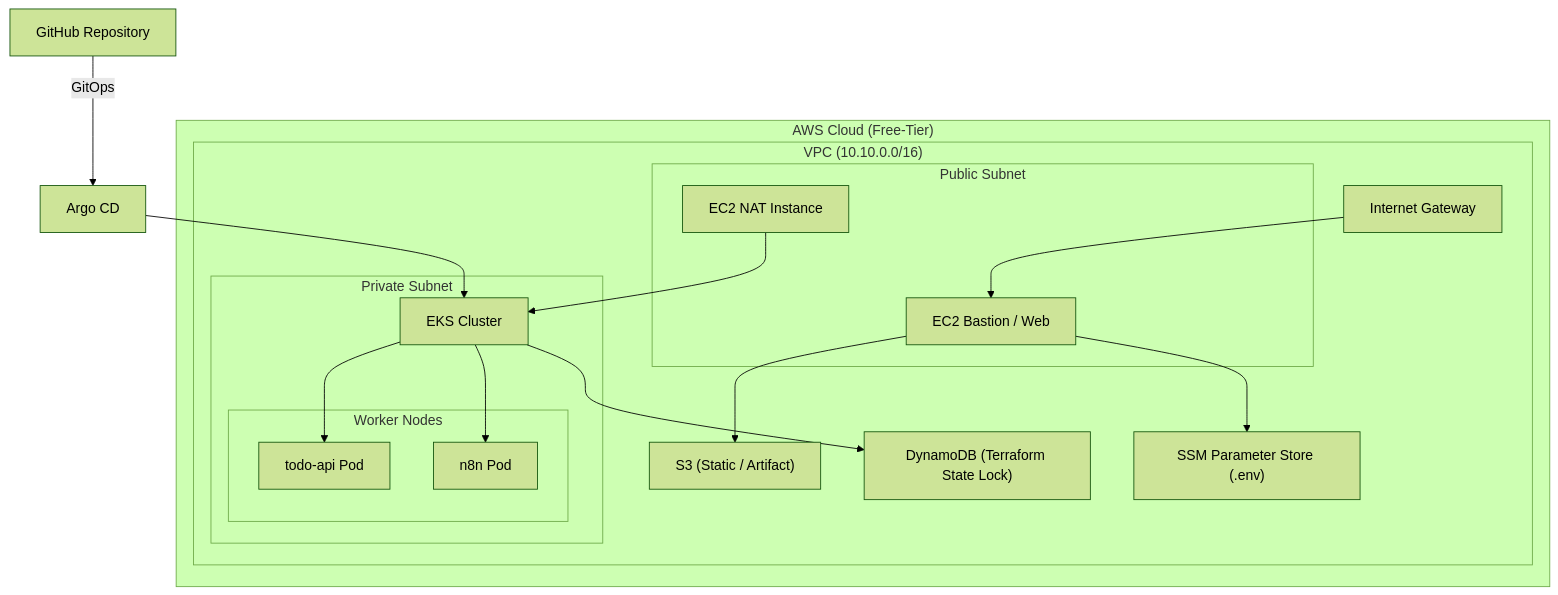
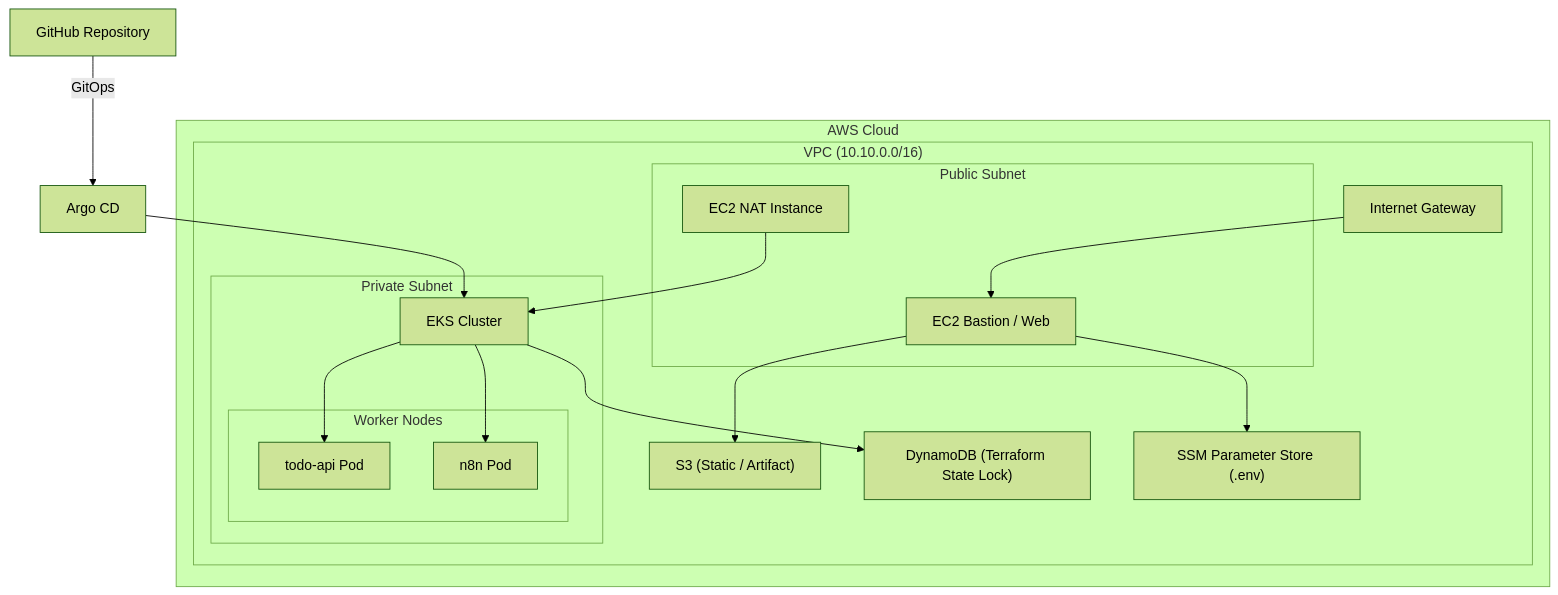
One commit to lee951109/devops-portfolio-eks-ecs-argocd-n8n changed the diagram in README.md. Above: the diagram before and after it, drawn with Mermaid (forest theme).

````diff
--- a/README.md
+++ b/README.md
@@ -23,42 +23,42 @@
 ```mermaid
 graph TD
 
-subgraph AWS["AWS Cloud (Free-Tier)"]
+subgraph AWS["AWS Cloud"]
   subgraph VPC["VPC (10.10.0.0/16)"]
 
     IGW["Internet Gateway"]
 
     subgraph Public["Public Subnet"]
       NAT["EC2 NAT Instance"]
       WEB["EC2 Bastion / Web"]
     end
 
     subgraph Private["Private Subnet"]
       EKS["EKS Cluster"]
 
       subgraph Nodes["Worker Nodes"]
         POD1["todo-api Pod"]
         POD2["n8n Pod"]
       end
     end
 
     S3["S3 (Static / Artifact)"]
     DDB["DynamoDB (Terraform State Lock)"]
     PS["SSM Parameter Store (.env)"]
   end
 end
 
 Git["GitHub Repository"] -->|GitOps| Argo["Argo CD"]
 Argo --> EKS
 
 IGW --> WEB
 WEB --> PS
 WEB --> S3
 NAT --> EKS
 
 EKS --> POD1
 EKS --> POD2
 
 EKS --> DDB
 
 ```
````
